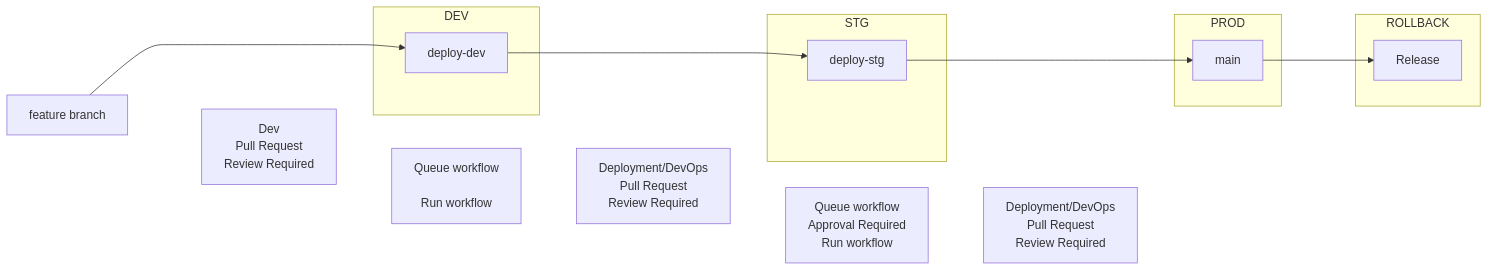
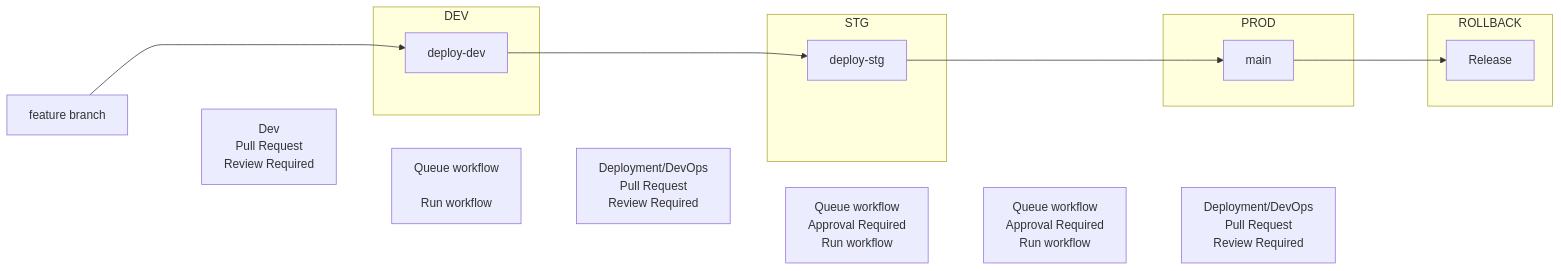
Before and after one commit to fritzramos-gf/Workflows: the diagram in Gates-Workflow.md, drawn with Mermaid.

````diff
--- a/Gates-Workflow.md
+++ b/Gates-Workflow.md
@@ -1,38 +1,39 @@
 ```mermaid
 flowchart LR
     A[feature branch] ----> B
     A ~~~ C["Dev\nPull Request\nReview Required"]
     C ~~~ B
     subgraph DEV
         B[deploy-dev]
     end
      C ~~~ G["Queue workflow
         \nRun workflow"]
 
     B ---> D
     G ~~~ H["Deployment/DevOps\nPull Request\nReview Required"]
     H ~~~ D
     subgraph STG
         D[deploy-stg]
     end
     D ---> E
     H ~~~ I["Queue workflow\nApproval Required\nRun workflow"]
     subgraph PROD
         E[main]
     end
+    I ~~~ J["Queue workflow\nApproval Required\nRun workflow"]
     E ---> F
-    I ~~~ J["Deployment/DevOps\nPull Request\nReview Required"] 
+    J ~~~ K["Deployment/DevOps\nPull Request\nReview Required"] 
     subgraph ROLLBACK
         F[Release]
     end
 
 
 
 
 
 
 
 
 
 
 ```
````
